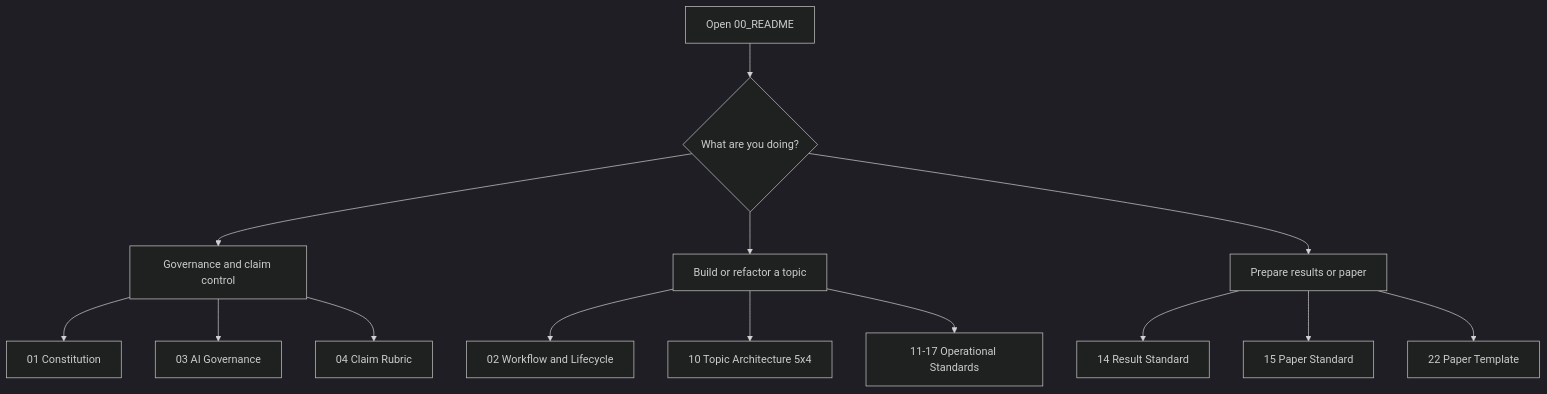
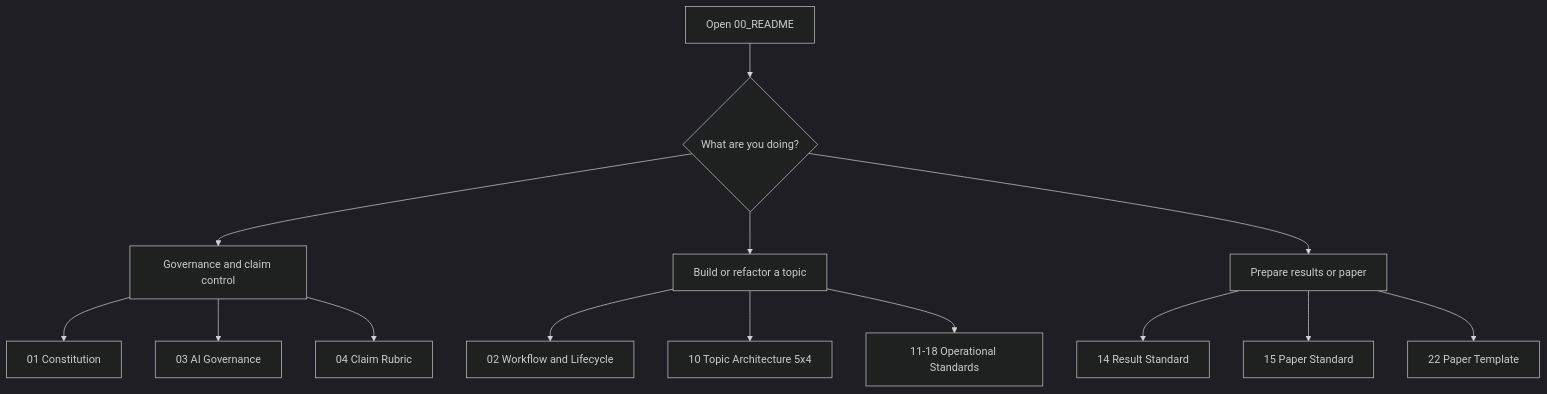
Before and after one commit to ellipszist/unityequilibriumtheory: the diagram in docs/topics/For Work/00_README.md, drawn with Mermaid (dark theme). The commit also changed other lines of this file and 3 other files, not shown here.

````diff
--- a/docs/topics/For Work/00_README.md
+++ b/docs/topics/For Work/00_README.md
@@ -26,16 +26,16 @@
 ```mermaid
 flowchart TD
     A["Open 00_README"] --> B{"What are you doing?"}
     B --> C["Governance and claim control"]
     B --> D["Build or refactor a topic"]
     B --> E["Prepare results or paper"]
     C --> F["01 Constitution"]
     C --> G["03 AI Governance"]
     C --> H["04 Claim Rubric"]
     D --> I["02 Workflow and Lifecycle"]
     D --> J["10 Topic Architecture 5x4"]
-    D --> K["11-17 Operational Standards"]
+    D --> K["11-18 Operational Standards"]
     E --> L["14 Result Standard"]
     E --> M["15 Paper Standard"]
     E --> N["22 Paper Template"]
 ```
````
